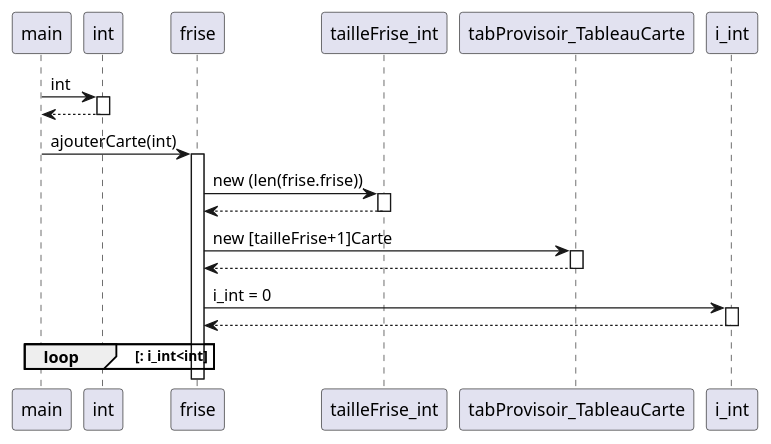
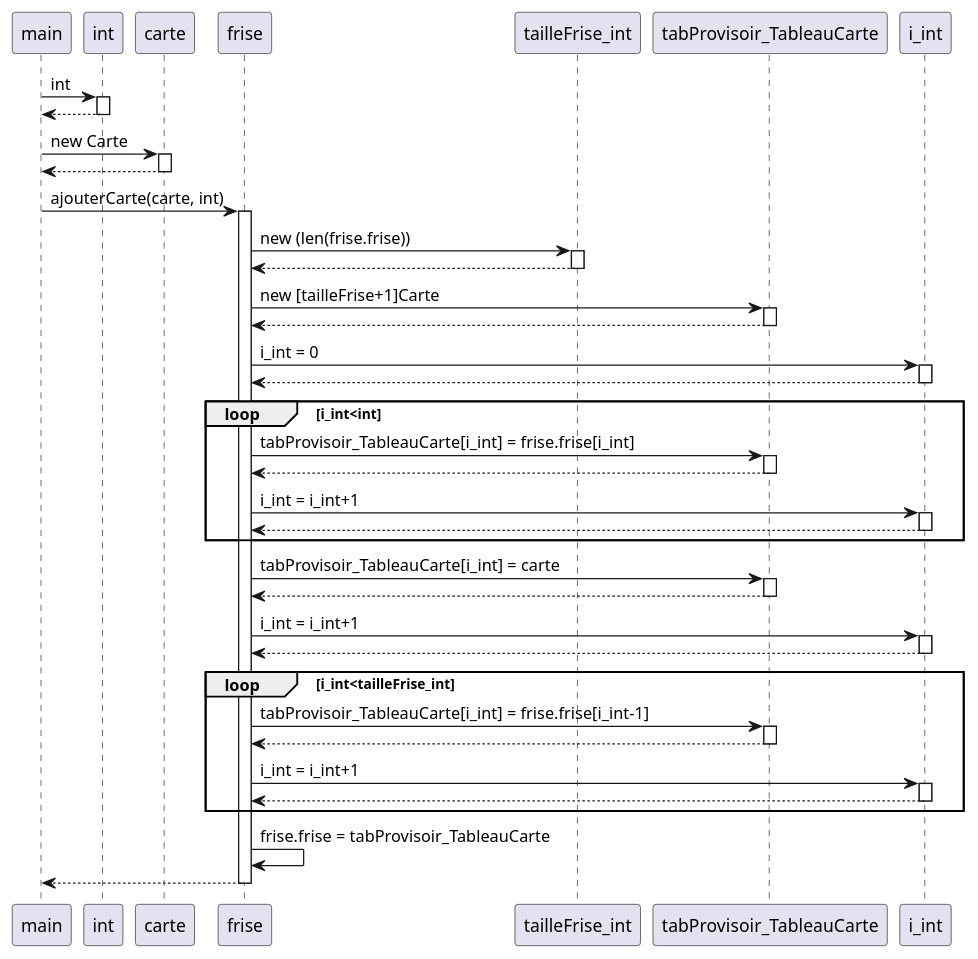
One commit to Cedran-Bastien/Timeline_project changed the diagram in conception/Frise_ajouterCarte.puml. Above: the diagram before and after it, drawn with PlantUML. The commit also changed 1 other file, not shown here.

```diff
--- a/conception/Frise_ajouterCarte.puml
+++ b/conception/Frise_ajouterCarte.puml
@@ -1,32 +1,70 @@
 @startuml
 'https://plantuml.com/sequence-diagram
 
 main -> int : int
 activate int
 int  --> main
 deactivate int
 
-main -> frise :ajouterCarte(int)
+main -> carte : new Carte
+activate carte
+carte  --> main
+deactivate carte
+
+main -> frise :ajouterCarte(carte, int)
 activate frise
 
 frise -> tailleFrise_int : new (len(frise.frise))
 activate tailleFrise_int
 tailleFrise_int --> frise
 deactivate tailleFrise_int
 
 frise -> tabProvisoir_TableauCarte : new [tailleFrise+1]Carte
 activate tabProvisoir_TableauCarte
 tabProvisoir_TableauCarte --> frise
 deactivate tabProvisoir_TableauCarte
 
 frise -> i_int : i_int = 0
 activate i_int
 i_int  --> frise
 deactivate i_int
 
-loop : i_int<int
+loop i_int<int
+frise ->tabProvisoir_TableauCarte : tabProvisoir_TableauCarte[i_int] = frise.frise[i_int]
+activate tabProvisoir_TableauCarte
+tabProvisoir_TableauCarte --> frise
+deactivate tabProvisoir_TableauCarte
 
+frise -> i_int : i_int = i_int+1
+activate i_int
+i_int  --> frise
+deactivate i_int
 end
 
+frise ->tabProvisoir_TableauCarte:tabProvisoir_TableauCarte[i_int] = carte
+activate tabProvisoir_TableauCarte
+tabProvisoir_TableauCarte --> frise
+deactivate tabProvisoir_TableauCarte
 
+frise -> i_int : i_int = i_int+1
+activate i_int
+i_int  --> frise
+deactivate i_int
+
+loop i_int<tailleFrise_int
+frise ->tabProvisoir_TableauCarte : tabProvisoir_TableauCarte[i_int] = frise.frise[i_int-1]
+activate tabProvisoir_TableauCarte
+tabProvisoir_TableauCarte --> frise
+deactivate tabProvisoir_TableauCarte
+
+frise -> i_int : i_int = i_int+1
+activate i_int
+i_int  --> frise
+deactivate i_int
+end
+
+frise ->frise: frise.frise = tabProvisoir_TableauCarte
+
+frise --> main
+deactivate frise
 @enduml
```
